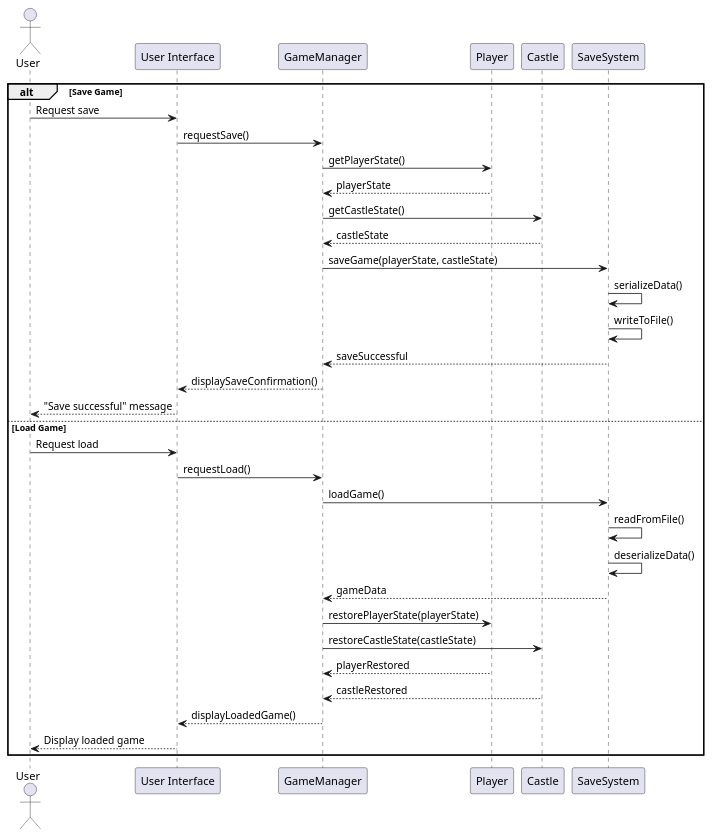
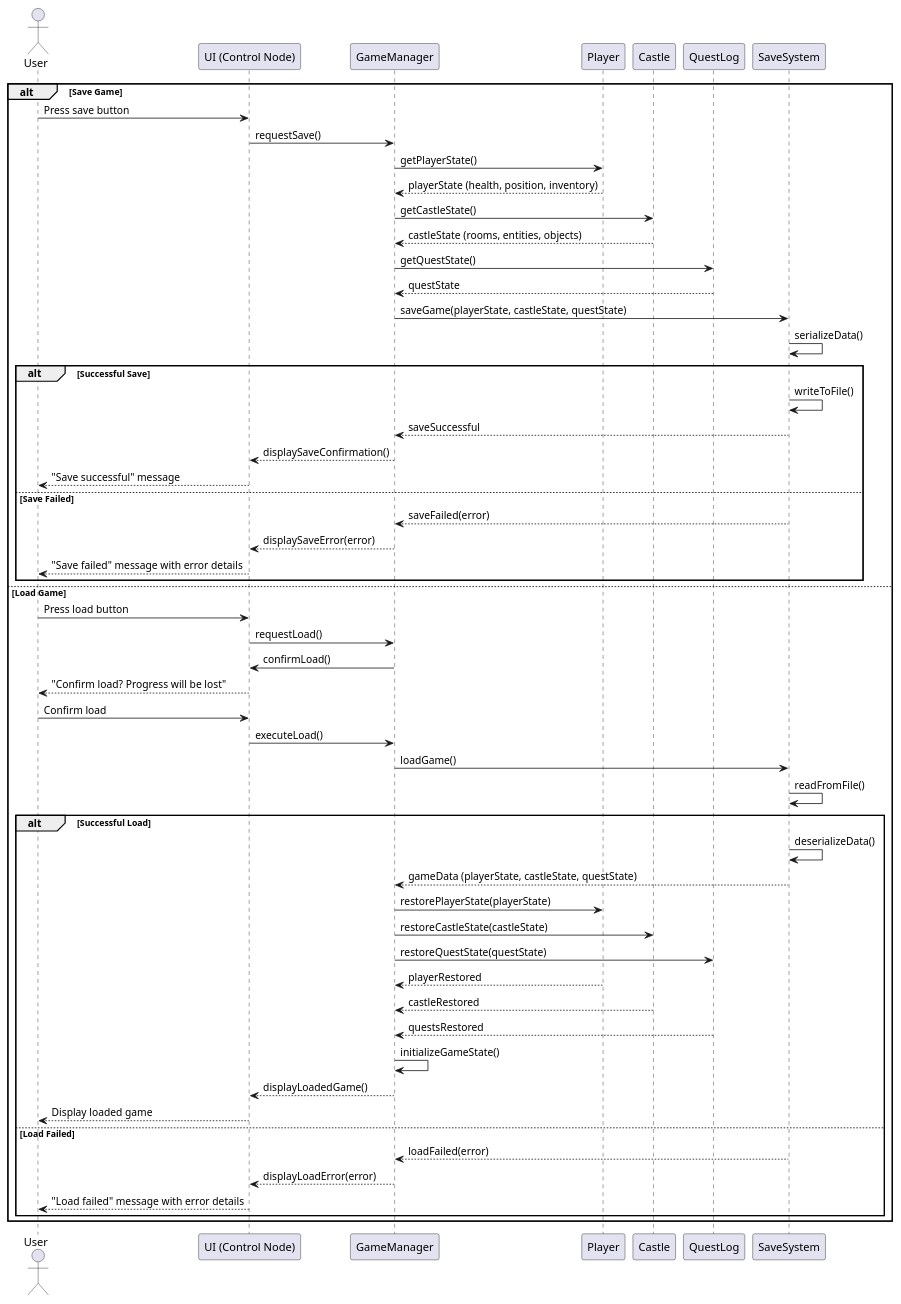
One commit to imagarchive/4MMACOL changed the diagram in docs/uml/sequence.d/saveload_sequence.puml. Above: the diagram before and after it, drawn with PlantUML. The commit also changed other lines of this file and 2 other files, not shown here.

Commit message:
feat: changes to sequence diagrams

```diff
--- a/docs/uml/sequence.d/saveload_sequence.puml
+++ b/docs/uml/sequence.d/saveload_sequence.puml
@@ -1,36 +1,66 @@
 @startuml
 actor User
-participant "User Interface" as UI
+participant "UI (Control Node)" as UI
 participant GameManager as GM
 participant Player as P
 participant Castle as C
+participant QuestLog as QL
 participant SaveSystem as S
 
 alt Save Game
-    User -> UI: Request save
+    User -> UI: Press save button
     UI -> GM: requestSave()
     GM -> P: getPlayerState()
-    P --> GM: playerState
+    P --> GM: playerState (health, position, inventory)
     GM -> C: getCastleState()
-    C --> GM: castleState
-    GM -> S: saveGame(playerState, castleState)
+    C --> GM: castleState (rooms, entities, objects)
+    GM -> QL: getQuestState()
+    QL --> GM: questState
+    
+    GM -> S: saveGame(playerState, castleState, questState)
     S -> S: serializeData()
-    S -> S: writeToFile()
-    S --> GM: saveSuccessful
-    GM --> UI: displaySaveConfirmation()
-    UI --> User: "Save successful" message
+    
+    alt Successful Save
+        S -> S: writeToFile()
+        S --> GM: saveSuccessful
+        GM --> UI: displaySaveConfirmation()
+        UI --> User: "Save successful" message
+    else Save Failed
+        S --> GM: saveFailed(error)
+        GM --> UI: displaySaveError(error)
+        UI --> User: "Save failed" message with error details
+    end
 else Load Game
-    User -> UI: Request load
+    User -> UI: Press load button
     UI -> GM: requestLoad()
+    GM -> UI: confirmLoad()
+    UI --> User: "Confirm load? Progress will be lost"
+    
+    User -> UI: Confirm load
+    UI -> GM: executeLoad()
+    
     GM -> S: loadGame()
     S -> S: readFromFile()
-    S -> S: deserializeData()
-    S --> GM: gameData
-    GM -> P: restorePlayerState(playerState)
-    GM -> C: restoreCastleState(castleState)
-    P --> GM: playerRestored
-    C --> GM: castleRestored
-    GM --> UI: displayLoadedGame()
-    UI --> User: Display loaded game
+    
+    alt Successful Load
+        S -> S: deserializeData()
+        S --> GM: gameData (playerState, castleState, questState)
+        
+        GM -> P: restorePlayerState(playerState)
+        GM -> C: restoreCastleState(castleState)
+        GM -> QL: restoreQuestState(questState)
+        
+        P --> GM: playerRestored
+        C --> GM: castleRestored
+        QL --> GM: questsRestored
+        
+        GM -> GM: initializeGameState()
+        GM --> UI: displayLoadedGame()
+        UI --> User: Display loaded game
+    else Load Failed
+        S --> GM: loadFailed(error)
+        GM --> UI: displayLoadError(error)
+        UI --> User: "Load failed" message with error details
+    end
 end
 @enduml
```
